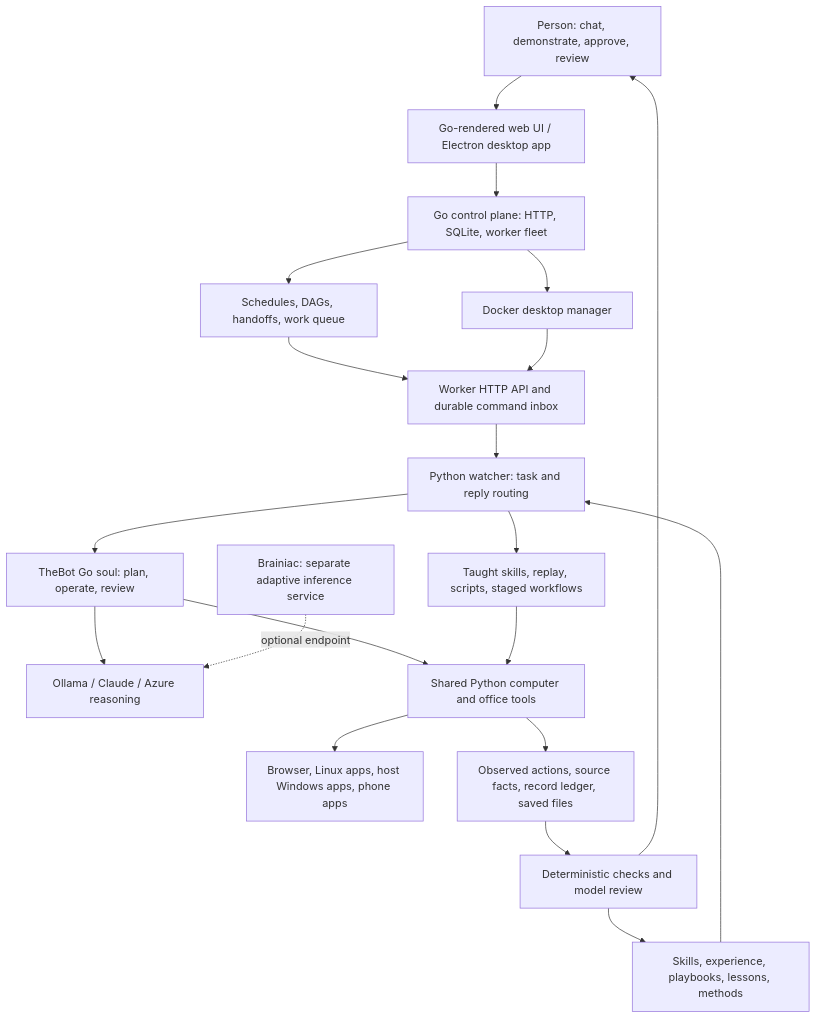
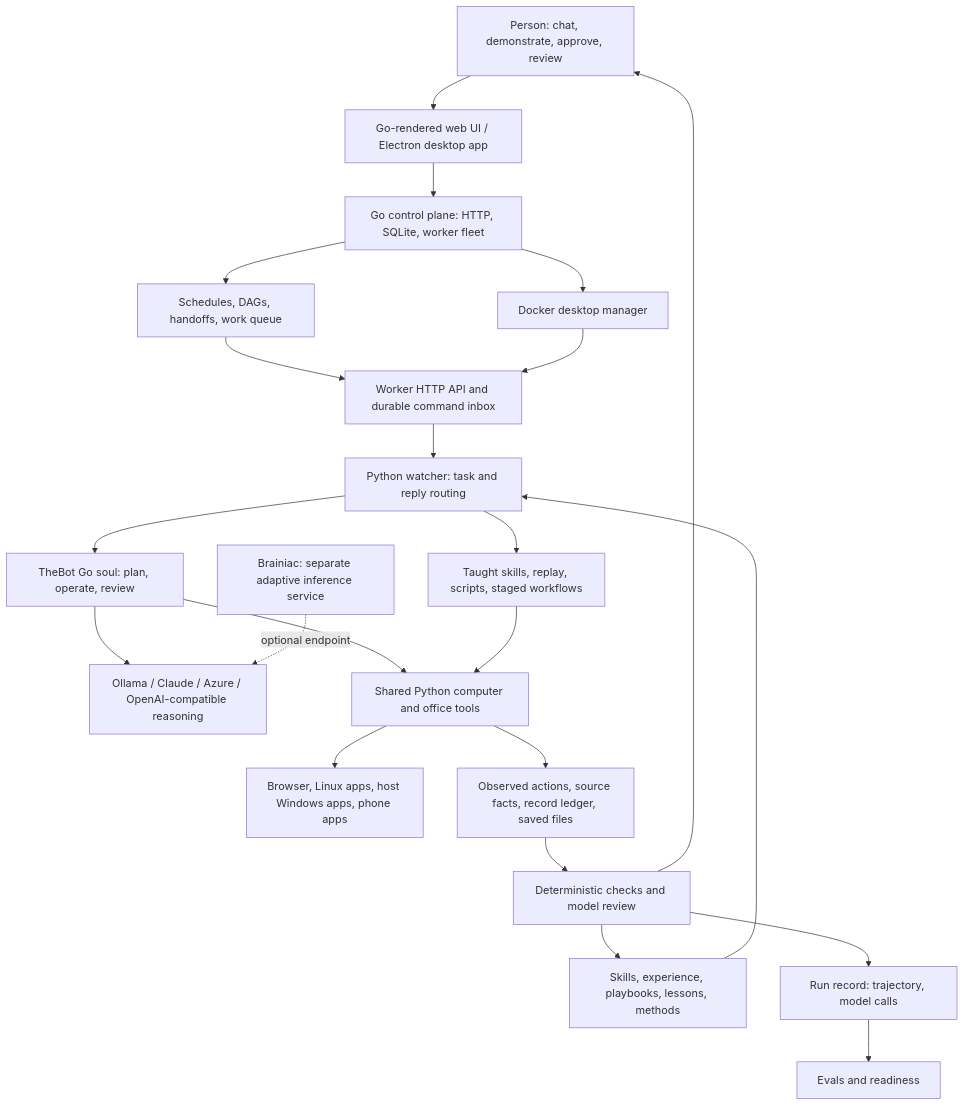
Before and after one commit to YKoustubhRao/decurix: the diagram in docs/codebase-understanding.md, drawn with Mermaid. The commit also changed other lines of this file and 31 other files, not shown here.

````diff
--- a/docs/codebase-understanding.md
+++ b/docs/codebase-understanding.md
@@ -31,22 +23,24 @@
 ```mermaid
 flowchart TD
     Human[Person: chat, demonstrate, approve, review] --> UI[Go-rendered web UI / Electron desktop app]
     UI --> CP[Go control plane: HTTP, SQLite, worker fleet]
     CP --> Manager[Docker desktop manager]
     CP --> Fleet[Schedules, DAGs, handoffs, work queue]
     Fleet --> Inbox[Worker HTTP API and durable command inbox]
     Manager --> Inbox
     Inbox --> Watcher[Python watcher: task and reply routing]
     Watcher --> Soul[TheBot Go soul: plan, operate, review]
     Watcher --> Learned[Taught skills, replay, scripts, staged workflows]
-    Soul --> Brain[Ollama / Claude / Azure reasoning]
+    Soul --> Brain[Ollama / Claude / Azure / OpenAI-compatible reasoning]
     Soul --> Tools[Shared Python computer and office tools]
     Learned --> Tools
     Tools --> Apps[Browser, Linux apps, host Windows apps, phone apps]
     Tools --> Evidence[Observed actions, source facts, record ledger, saved files]
     Evidence --> Check[Deterministic checks and model review]
     Check --> Human
     Check --> Learning[Skills, experience, playbooks, lessons, methods]
     Learning --> Watcher
+    Check --> Record[Run record: trajectory, model calls]
+    Record --> Evals[Evals and readiness]
     Optional[Brainiac: separate adaptive inference service] -. optional endpoint .-> Brain
 ```
````
